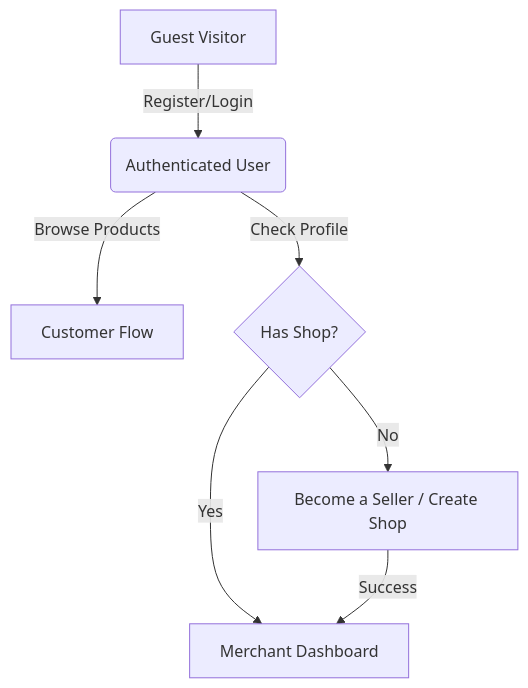
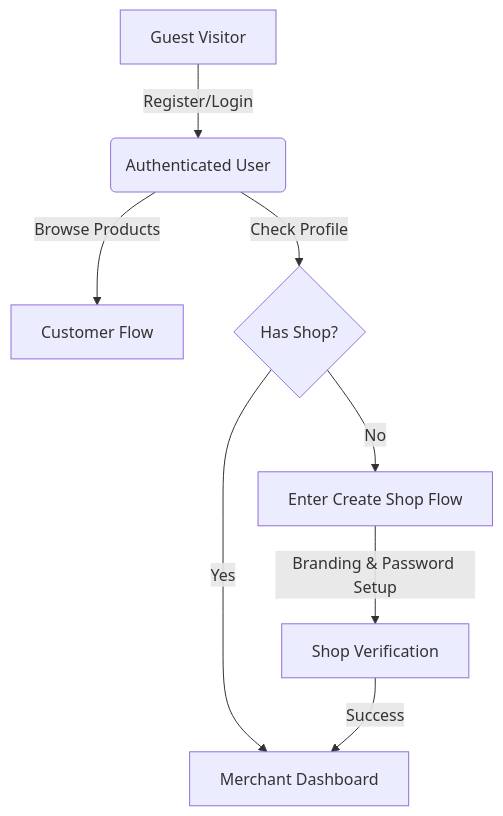
One commit to JhonGutang/icon-shoppers changed the diagram in docs/system-flow.md. Above: the diagram before and after it, drawn with Mermaid. The commit also changed other lines of this file and 5 other files, not shown here.

````diff
--- a/docs/system-flow.md
+++ b/docs/system-flow.md
@@ -8,9 +8,10 @@
 ```mermaid
 graph TD
     A[Guest Visitor] -->|Register/Login| B(Authenticated User)
     B -->|Browse Products| C[Customer Flow]
     B -->|Check Profile| D{Has Shop?}
-    D -->|No| E[Become a Seller / Create Shop]
+    D -->|No| E[Enter Create Shop Flow]
     D -->|Yes| F[Merchant Dashboard]
-    E -->|Success| F
+    E -->|Branding & Password Setup| G[Shop Verification]
+    G -->|Success| F
 ```
````
